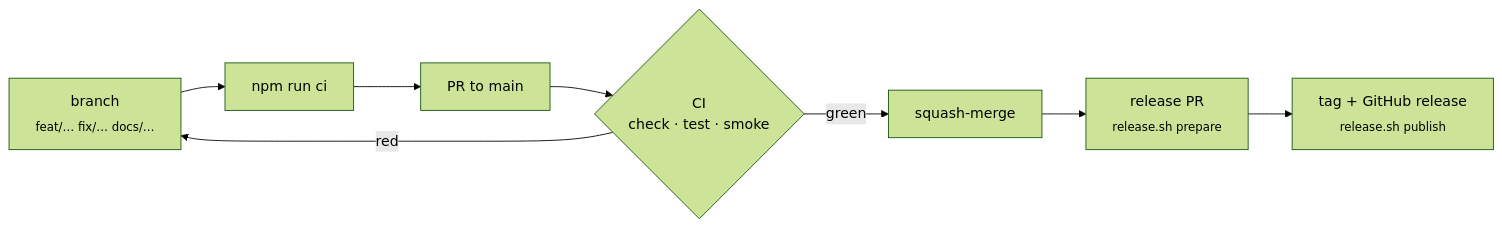
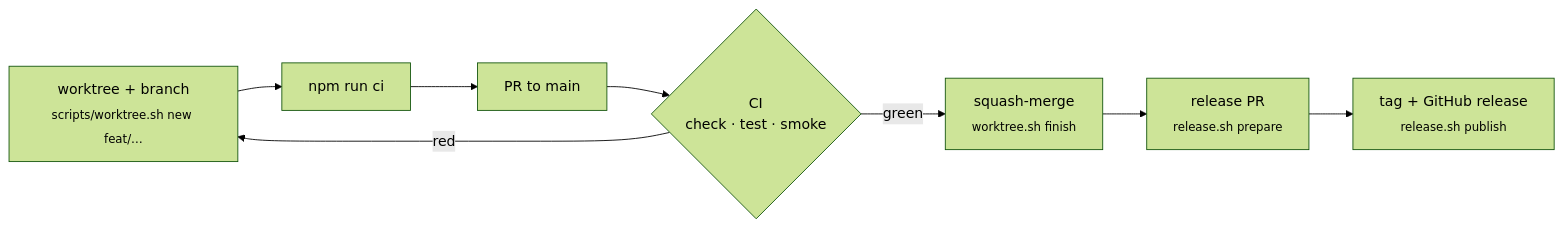
The diagram in CONTRIBUTING.md (iiogurt/Optica_Viva), drawn with Mermaid (forest theme) before and after one commit. The commit also changed other lines of this file and 4 other files, not shown here.

First line of the commit message:
chore: one git worktree per branch (#52)

````diff
--- a/CONTRIBUTING.md
+++ b/CONTRIBUTING.md
@@ -14,6 +14,6 @@
 ```mermaid
 flowchart LR
-    A["branch<br/><sub>feat/… fix/… docs/…</sub>"] --> B["npm run ci"] --> C["PR to main"] --> D{"CI<br/>check · test · smoke"}
-    D -- green --> E["squash-merge"] --> F["release PR<br/><sub>release.sh prepare</sub>"] --> G["tag + GitHub release<br/><sub>release.sh publish</sub>"]
+    A["worktree + branch<br/><sub>scripts/worktree.sh new feat/…</sub>"] --> B["npm run ci"] --> C["PR to main"] --> D{"CI<br/>check · test · smoke"}
+    D -- green --> E["squash-merge<br/><sub>worktree.sh finish</sub>"] --> F["release PR<br/><sub>release.sh prepare</sub>"] --> G["tag + GitHub release<br/><sub>release.sh publish</sub>"]
     D -- red --> A
 ```
````
